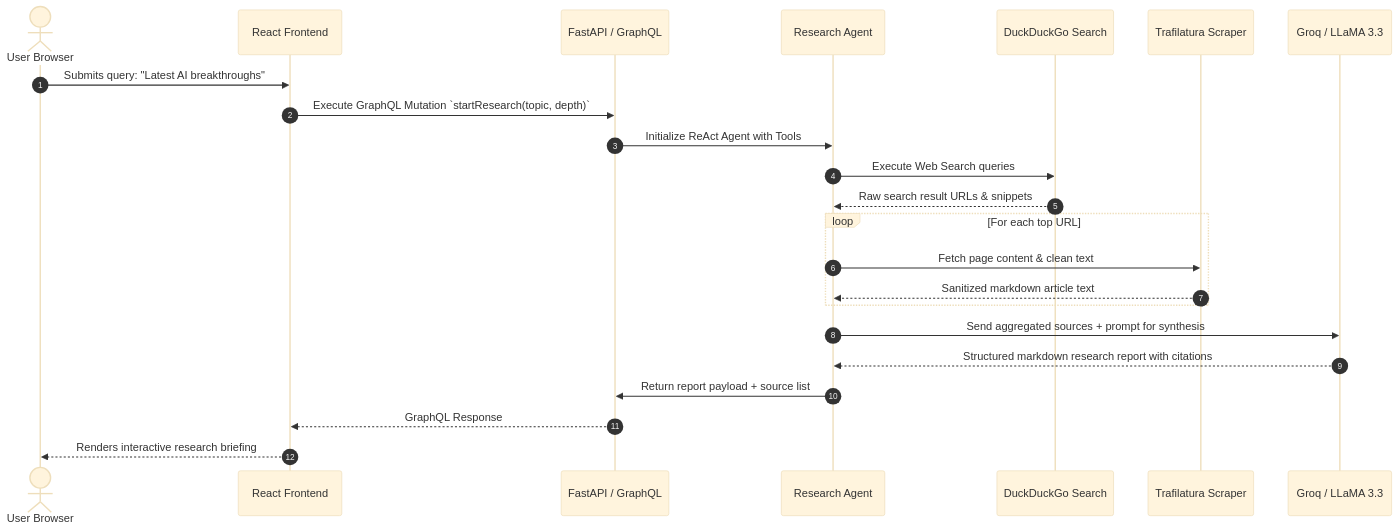
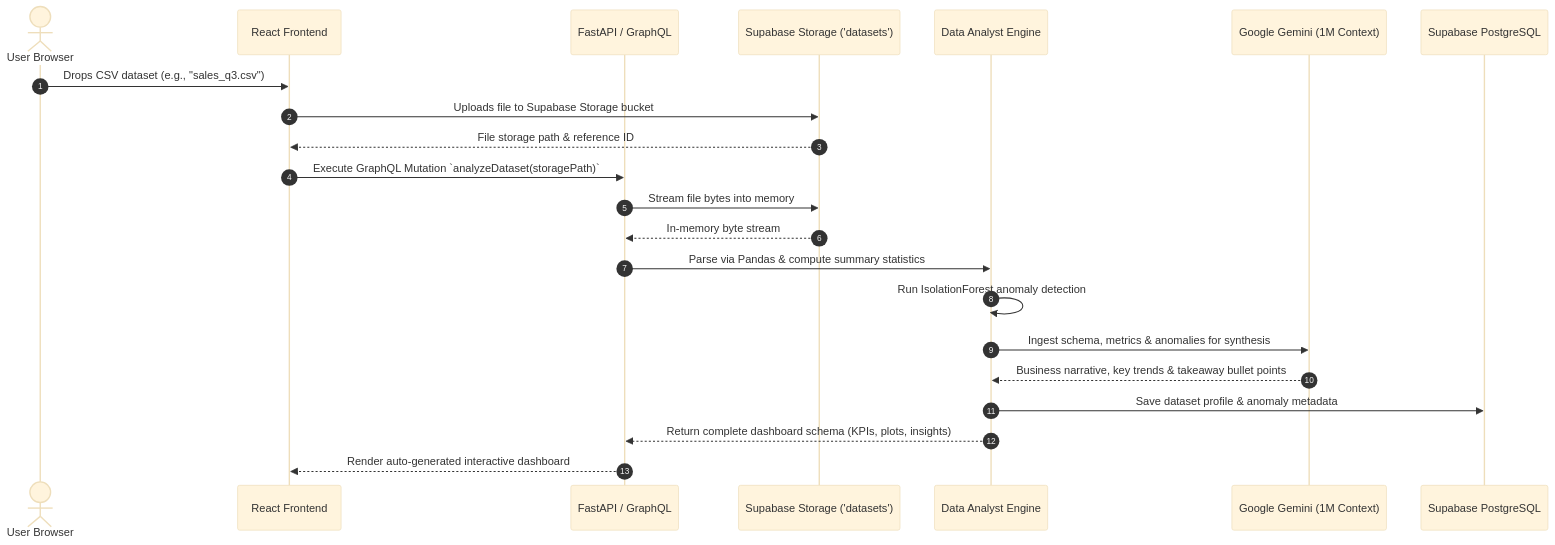
Before and after one commit to din-esh-kumar/Vectronyx: the second of 3 diagrams in docs/ARCHITECTURE.md, drawn with Mermaid (base theme). The commit also changed other lines of this file and 8 other files, not shown here.

Commit message:
docs(architecture): update documentation suite to cloud-native storage, pgvector, and Gemini/Groq dual inference

````diff
--- a/docs/ARCHITECTURE.md
+++ b/docs/ARCHITECTURE.md
@@ -136,26 +135,25 @@
 ```mermaid
 sequenceDiagram
     autonumber
     actor User as User Browser
     participant FE as React Frontend
     participant API as FastAPI / GraphQL
-    participant Agent as Research Agent
-    participant DDG as DuckDuckGo Search
-    participant Scraper as Trafilatura Scraper
-    participant LLM as Groq / LLaMA 3.3
+    participant Storage as Supabase Storage ('datasets')
+    participant Analyst as Data Analyst Engine
+    participant LLM as Google Gemini (1M Context)
+    participant DB as Supabase PostgreSQL
 
-    User->>FE: Submits query: "Latest AI breakthroughs"
-    FE->>API: Execute GraphQL Mutation `startResearch(topic, depth)`
-    API->>Agent: Initialize ReAct Agent with Tools
-    Agent->>DDG: Execute Web Search queries
-    DDG-->>Agent: Raw search result URLs & snippets
-    loop For each top URL
-        Agent->>Scraper: Fetch page content & clean text
-        Scraper-->>Agent: Sanitized markdown article text
-    end
-    Agent->>LLM: Send aggregated sources + prompt for synthesis
-    LLM-->>Agent: Structured markdown research report with citations
-    Agent->>API: Return report payload + source list
-    API-->>FE: GraphQL Response
-    FE-->>User: Renders interactive research briefing
+    User->>FE: Drops CSV dataset (e.g., "sales_q3.csv")
+    FE->>Storage: Uploads file to Supabase Storage bucket
+    Storage-->>FE: File storage path & reference ID
+    FE->>API: Execute GraphQL Mutation `analyzeDataset(storagePath)`
+    API->>Storage: Stream file bytes into memory
+    Storage-->>API: In-memory byte stream
+    API->>Analyst: Parse via Pandas & compute summary statistics
+    Analyst->>Analyst: Run IsolationForest anomaly detection
+    Analyst->>LLM: Ingest schema, metrics & anomalies for synthesis
+    LLM-->>Analyst: Business narrative, key trends & takeaway bullet points
+    Analyst->>DB: Save dataset profile & anomaly metadata
+    Analyst-->>API: Return complete dashboard schema (KPIs, plots, insights)
+    API-->>FE: Render auto-generated interactive dashboard
 ```
````
